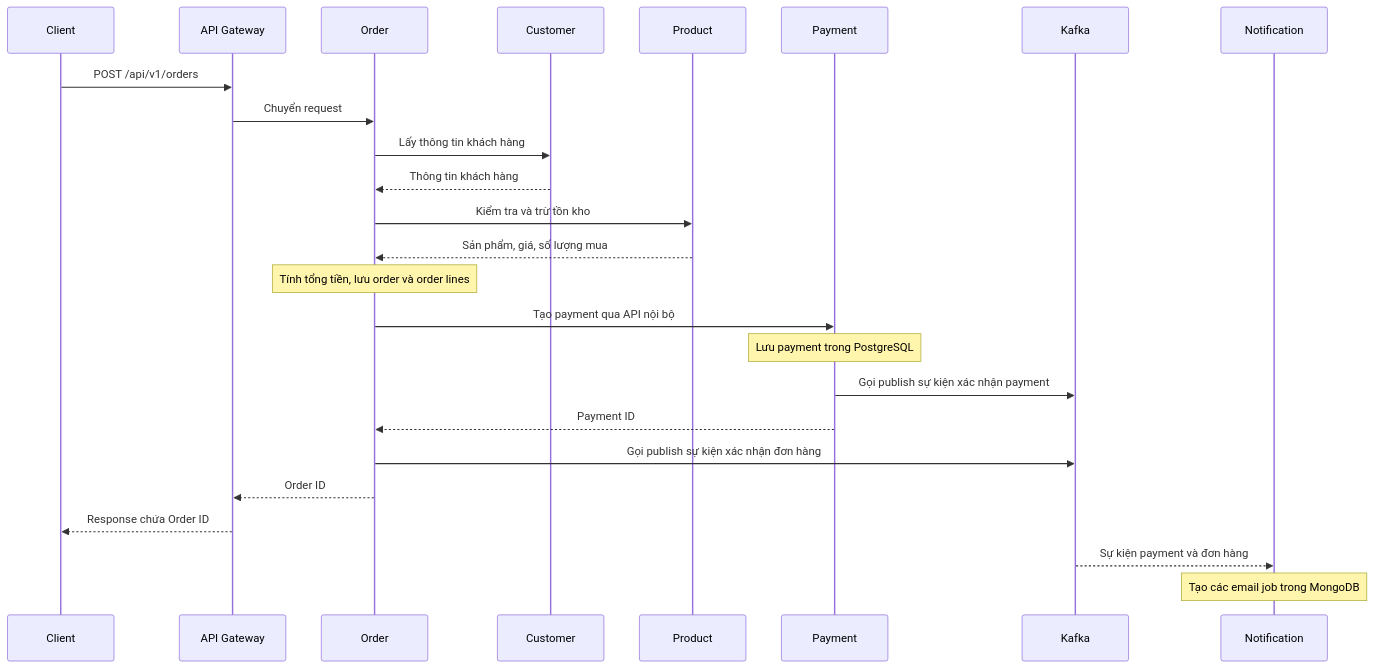
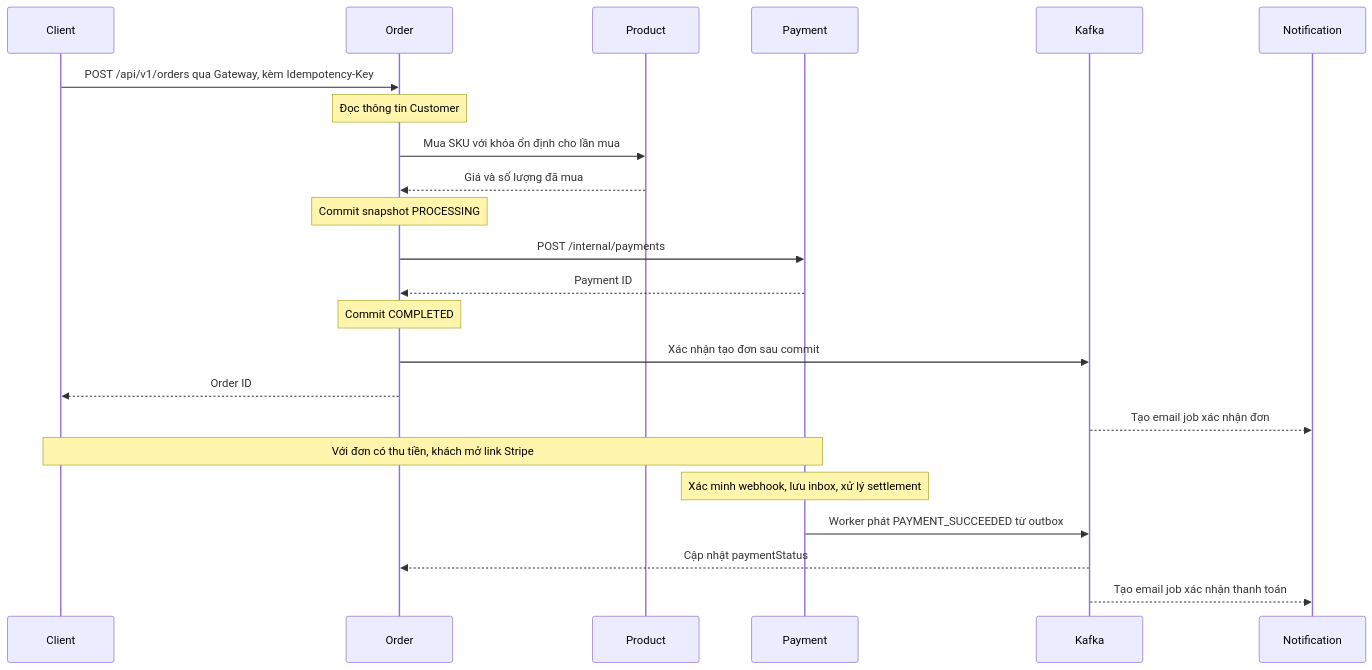
Before and after one commit to Dyong46/ecom-ms-architecture: the first of 2 diagrams in docs/order-and-notification-flow.md, drawn with Mermaid. The commit also changed other lines of this file and 28 other files, not shown here.

````diff
--- a/docs/order-and-notification-flow.md
+++ b/docs/order-and-notification-flow.md
@@ -11,28 +7,25 @@
 ```mermaid
 sequenceDiagram
     participant C as Client
-    participant G as API Gateway
     participant O as Order
-    participant U as Customer
     participant P as Product
     participant Pay as Payment
     participant K as Kafka
     participant N as Notification
-
-    C->>G: POST /api/v1/orders
-    G->>O: Chuyển request
-    O->>U: Lấy thông tin khách hàng
-    U-->>O: Thông tin khách hàng
-    O->>P: Kiểm tra và trừ tồn kho
-    P-->>O: Sản phẩm, giá, số lượng mua
-    Note over O: Tính tổng tiền, lưu order và order lines
-    O->>Pay: Tạo payment qua API nội bộ
-    Note over Pay: Lưu payment trong PostgreSQL
-    Pay->>K: Gọi publish sự kiện xác nhận payment
+    C->>O: POST /api/v1/orders qua Gateway, kèm Idempotency-Key
+    Note over O: Đọc thông tin Customer
+    O->>P: Mua SKU với khóa ổn định cho lần mua
+    P-->>O: Giá và số lượng đã mua
+    Note over O: Commit snapshot PROCESSING
+    O->>Pay: POST /internal/payments
     Pay-->>O: Payment ID
-    O->>K: Gọi publish sự kiện xác nhận đơn hàng
-    O-->>G: Order ID
-    G-->>C: Response chứa Order ID
-    K-->>N: Sự kiện payment và đơn hàng
-    Note over N: Tạo các email job trong MongoDB
+    Note over O: Commit COMPLETED
+    O->>K: Xác nhận tạo đơn sau commit
+    O-->>C: Order ID
+    K-->>N: Tạo email job xác nhận đơn
+    Note over C,Pay: Với đơn có thu tiền, khách mở link Stripe
+    Note over Pay: Xác minh webhook, lưu inbox, xử lý settlement
+    Pay->>K: Worker phát PAYMENT_SUCCEEDED từ outbox
+    K-->>O: Cập nhật paymentStatus
+    K-->>N: Tạo email job xác nhận thanh toán
 ```
````
